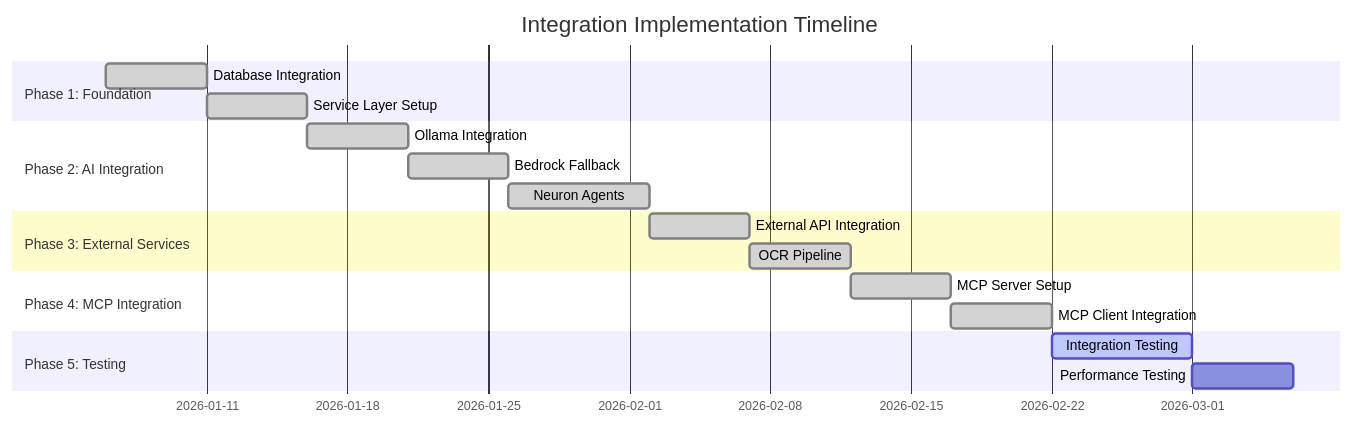
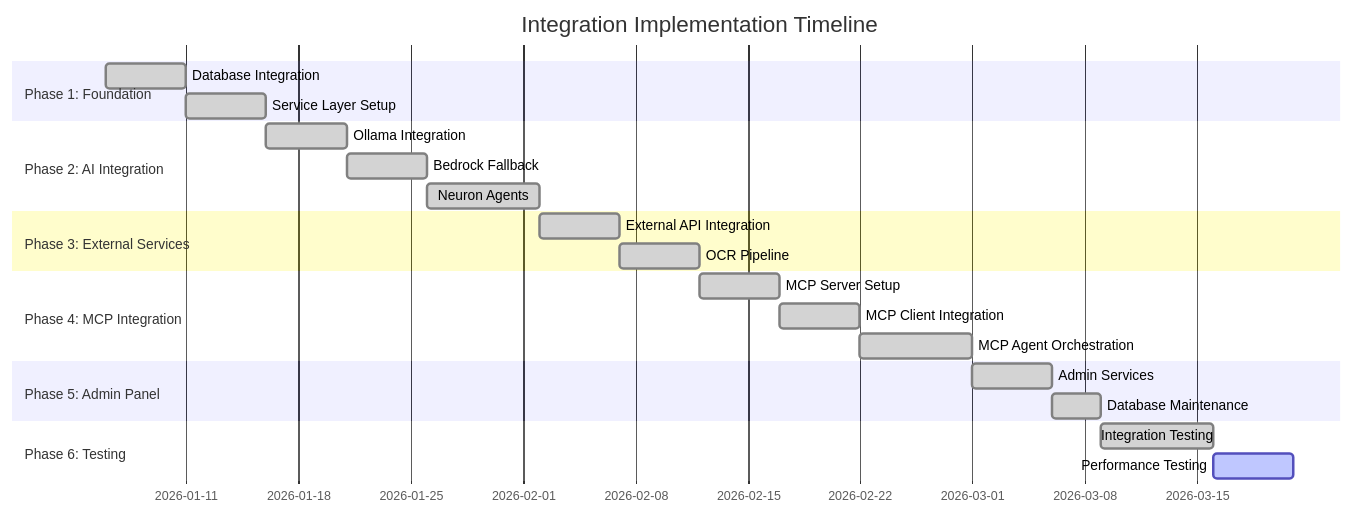
One commit to exatfrds67/umamusume-career-planner changed the third of 18 diagrams in docs/00-core-docs/007_SIP_Software_Integration_Plan.md. Above: the diagram before and after it, drawn with Mermaid. The commit also changed other lines of this file and 111 other files, not shown here.

````diff
--- a/docs/00-core-docs/007_SIP_Software_Integration_Plan.md
+++ b/docs/00-core-docs/007_SIP_Software_Integration_Plan.md
@@ -162,21 +196,25 @@
 ```mermaid
 gantt
     title Integration Implementation Timeline
     dateFormat YYYY-MM-DD
     section Phase 1: Foundation
     Database Integration       :done, p1a, 2026-01-06, 5d
     Service Layer Setup        :done, p1b, after p1a, 5d
     section Phase 2: AI Integration
     Ollama Integration         :done, p2a, after p1b, 5d
     Bedrock Fallback           :done, p2b, after p2a, 5d
     Neuron Agents              :done, p2c, after p2b, 7d
     section Phase 3: External Services
     External API Integration   :done, p3a, after p2c, 5d
     OCR Pipeline               :done, p3b, after p3a, 5d
     section Phase 4: MCP Integration
     MCP Server Setup           :done, p4a, after p3b, 5d
     MCP Client Integration     :done, p4b, after p4a, 5d
-    section Phase 5: Testing
-    Integration Testing        :active, p5a, after p4b, 7d
-    Performance Testing        :p5b, after p5a, 5d
+    MCP Agent Orchestration    :done, p4c, after p4b, 7d
+    section Phase 5: Admin Panel
+    Admin Services             :done, p5a, after p4c, 5d
+    Database Maintenance       :done, p5b, after p5a, 3d
+    section Phase 6: Testing
+    Integration Testing        :done, p6a, after p5b, 7d
+    Performance Testing        :active, p6b, after p6a, 5d
 ```
````
